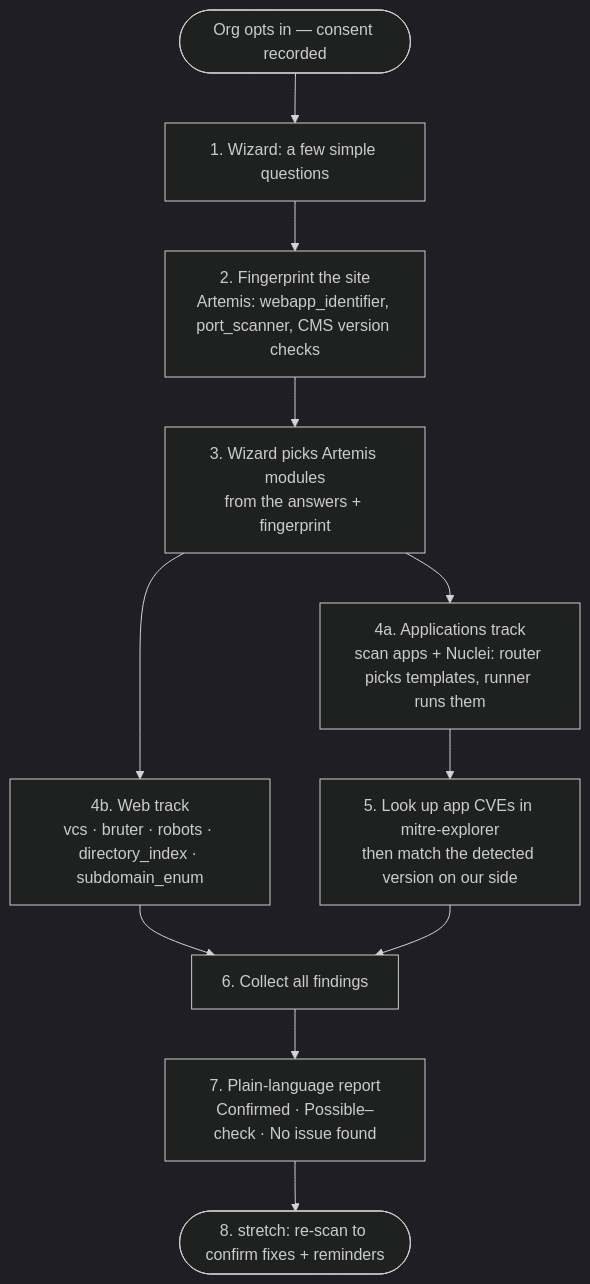
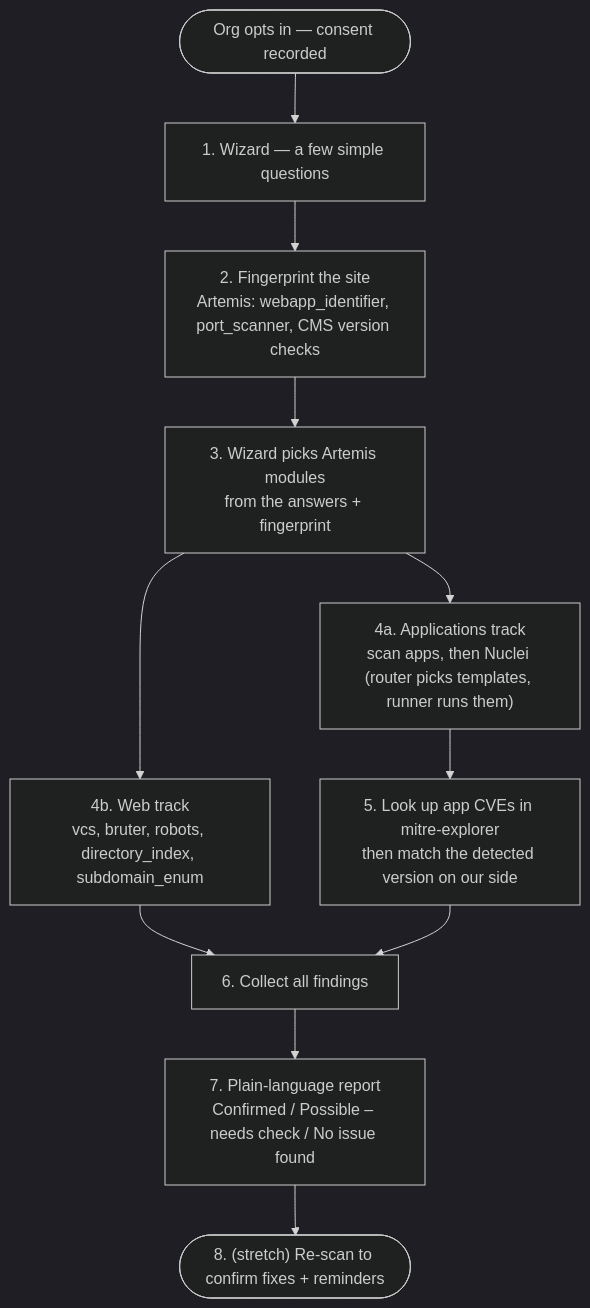
The diagram in README.md (PerIPan/SafetyRoutes), drawn with Mermaid (dark theme) before and after one commit. The commit also changed other lines of this file, not shown here.

First line of the commit message:
docs: fix mermaid diagram rendering (quote labels) + add mitre-explorer API reference

````diff
--- a/README.md
+++ b/README.md
@@ -134,13 +134,13 @@
 ```mermaid
 flowchart TD
-    A([Org opts in — consent recorded]) --> B[1. Wizard: a few simple questions]
-    B --> C[2. Fingerprint the site<br/>Artemis: webapp_identifier, port_scanner, CMS version checks]
-    C --> D[3. Wizard picks Artemis modules<br/>from the answers + fingerprint]
-    D --> E[4a. Applications track<br/>scan apps + Nuclei: router picks templates, runner runs them]
-    D --> F[4b. Web track<br/>vcs · bruter · robots · directory_index · subdomain_enum]
-    E --> G[5. Look up app CVEs in mitre-explorer<br/>then match the detected version on our side]
-    F --> H[6. Collect all findings]
+    A(["Org opts in — consent recorded"]) --> B["1. Wizard — a few simple questions"]
+    B --> C["2. Fingerprint the site<br/>Artemis: webapp_identifier, port_scanner, CMS version checks"]
+    C --> D["3. Wizard picks Artemis modules<br/>from the answers + fingerprint"]
+    D --> E["4a. Applications track<br/>scan apps, then Nuclei (router picks templates, runner runs them)"]
+    D --> F["4b. Web track<br/>vcs, bruter, robots, directory_index, subdomain_enum"]
+    E --> G["5. Look up app CVEs in mitre-explorer<br/>then match the detected version on our side"]
+    F --> H["6. Collect all findings"]
     G --> H
-    H --> I[7. Plain-language report<br/>Confirmed · Possible–check · No issue found]
-    I --> J([8. stretch: re-scan to confirm fixes + reminders])
+    H --> I["7. Plain-language report<br/>Confirmed / Possible – needs check / No issue found"]
+    I --> J(["8. (stretch) Re-scan to confirm fixes + reminders"])
 ```
````
